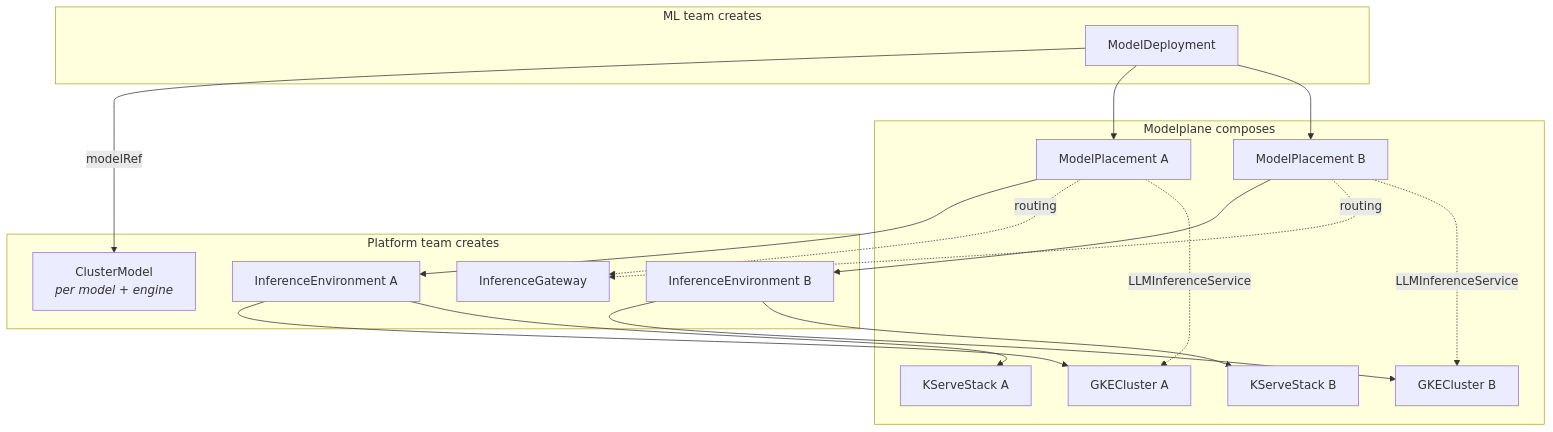
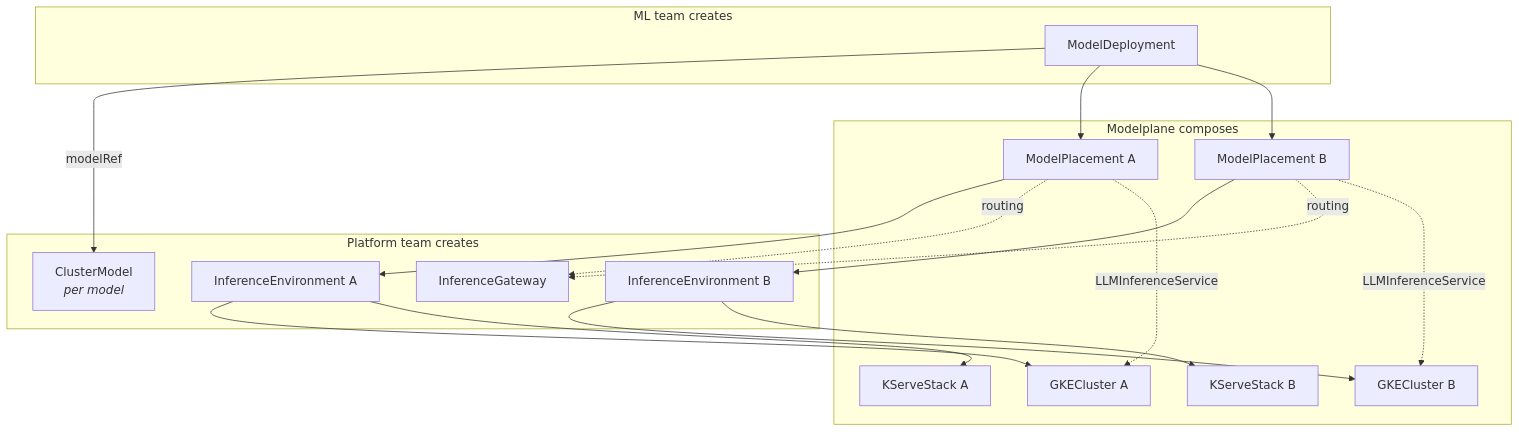
One commit to modelplaneai/modelplane changed the diagram in design/design.md. Above: the diagram before and after it, drawn with Mermaid. The commit also changed other lines of this file, not shown here.

First line of the commit message:
Update design to use serving profiles for engine configuration

````diff
--- a/design/design.md
+++ b/design/design.md
@@ -628,36 +668,36 @@
 ```mermaid
 flowchart TD
     subgraph platform["Platform team creates"]
         IG["InferenceGateway"]
-        CM["ClusterModel\n<i>per model + engine</i>"]
+        CM["ClusterModel\n<i>per model</i>"]
         IE1["InferenceEnvironment A"]
         IE2["InferenceEnvironment B"]
     end
 
     subgraph ml["ML team creates"]
         MD["ModelDeployment"]
     end
 
     subgraph composed["Modelplane composes"]
         MP1["ModelPlacement A"]
         MP2["ModelPlacement B"]
         GKE1["GKECluster A"]
         GKE2["GKECluster B"]
         KS1["KServeStack A"]
         KS2["KServeStack B"]
     end
 
     MD -- "modelRef" --> CM
     MD --> MP1
     MD --> MP2
     MP1 --> IE1
     MP1 -. "routing" .-> IG
     MP2 --> IE2
     MP2 -. "routing" .-> IG
     IE1 --> GKE1
     IE1 --> KS1
     IE2 --> GKE2
     IE2 --> KS2
     MP1 -. "LLMInferenceService" .-> GKE1
     MP2 -. "LLMInferenceService" .-> GKE2
 ```
````
